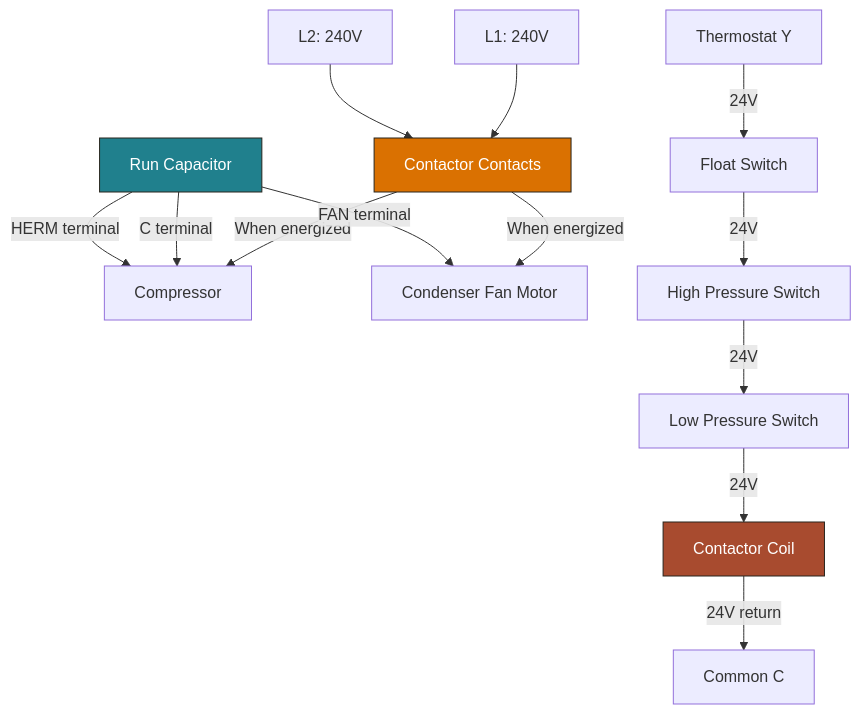
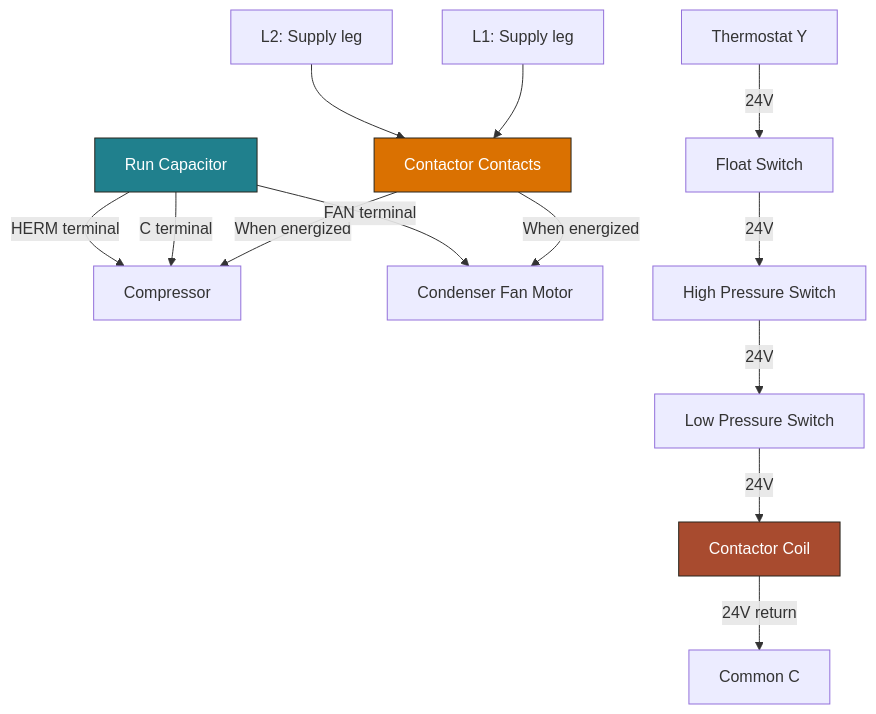
The diagram in docs/diagrams/motor-circuit.md (M3GA-MAK3R/trades-field-kit), drawn with Mermaid before and after one commit. The commit also changed other lines of this file and 25 other files, not shown here.

````diff
--- a/docs/diagrams/motor-circuit.md
+++ b/docs/diagrams/motor-circuit.md
@@ -3,21 +7,21 @@
 ```mermaid
 graph TD
-    L1[L1: 240V] --> CONTACTOR[Contactor Contacts]
-    L2[L2: 240V] --> CONTACTOR
+    L1[L1: Supply leg] --> CONTACTOR[Contactor Contacts]
+    L2[L2: Supply leg] --> CONTACTOR
     CONTACTOR -->|When energized| COMP[Compressor]
     CONTACTOR -->|When energized| CFAN[Condenser Fan Motor]
     
     TSTAT[Thermostat Y] -->|24V| FS[Float Switch]
     FS -->|24V| HPS[High Pressure Switch]
     HPS -->|24V| LPS[Low Pressure Switch]
     LPS -->|24V| COIL[Contactor Coil]
     COIL -->|24V return| C_COMMON[Common C]
     
     CAP[Run Capacitor] -->|C terminal| COMP
     CAP -->|HERM terminal| COMP
     CAP -->|FAN terminal| CFAN
     
     style CONTACTOR fill:#DA7101,stroke:#28251D,color:#fff
     style CAP fill:#20808D,stroke:#28251D,color:#fff
     style COIL fill:#A84B2F,stroke:#28251D,color:#fff
 ```
````
